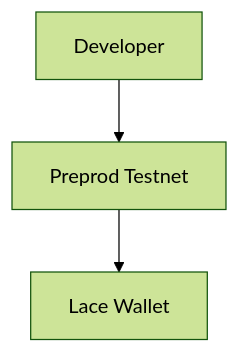
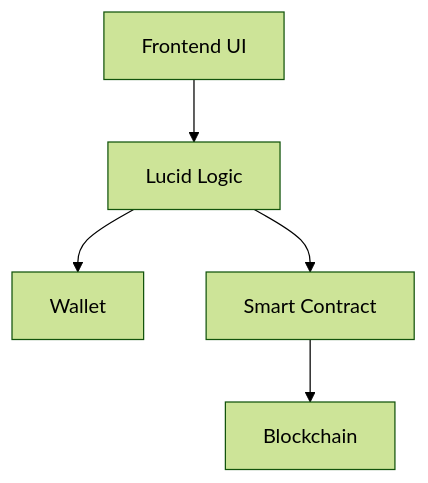
One commit to Savissy/Cardano-Dapps changed the seventh of 7 diagrams in Collaterized-Lending-App/user-manual.md. Above: the diagram before and after it, drawn with Mermaid (forest theme). The commit also changed other lines of this file, not shown here.

````diff
--- a/Collaterized-Lending-App/user-manual.md
+++ b/Collaterized-Lending-App/user-manual.md
@@ -234,5 +206,7 @@
 ```mermaid
 graph TD
-    Dev[Developer] --> Preprod[Preprod Testnet]
-    Preprod --> Wallet[Lace Wallet]
+    UI[Frontend UI] --> Logic[Lucid Logic]
+    Logic --> Wallet[Wallet]
+    Logic --> Contract[Smart Contract]
+    Contract --> Chain[Blockchain]
 ```
````
